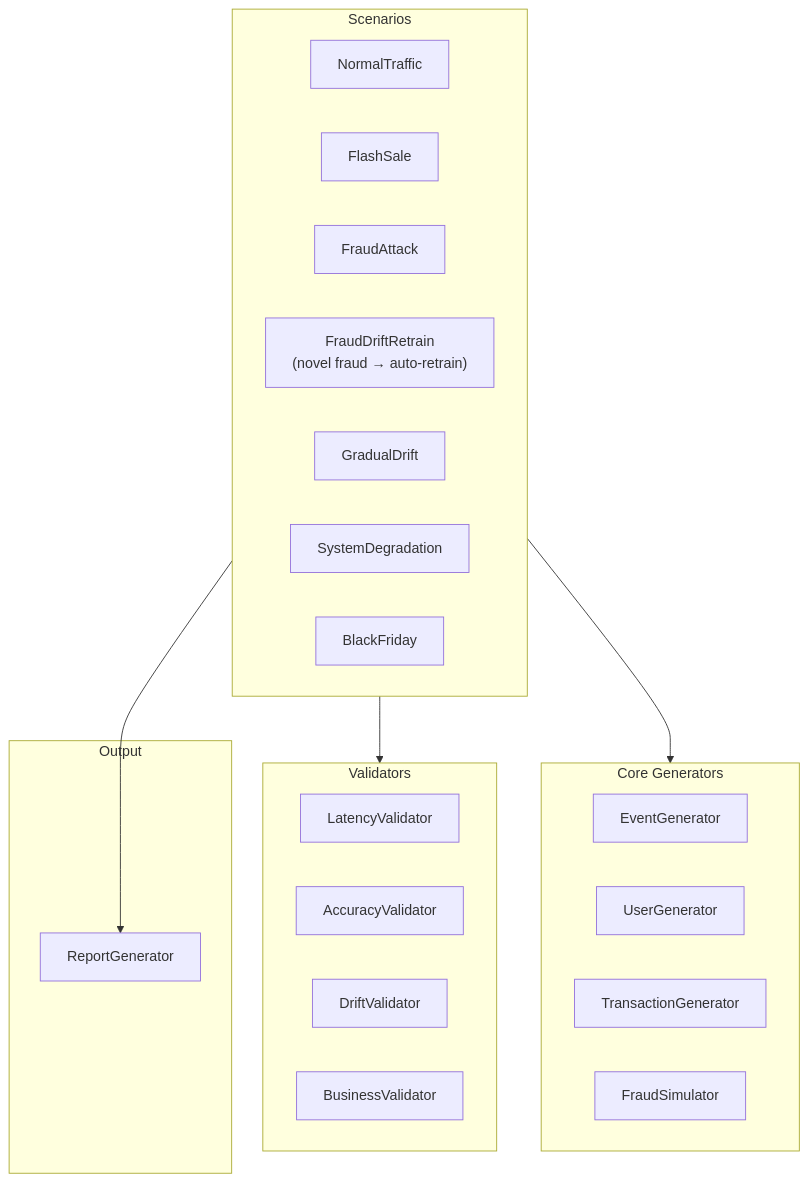
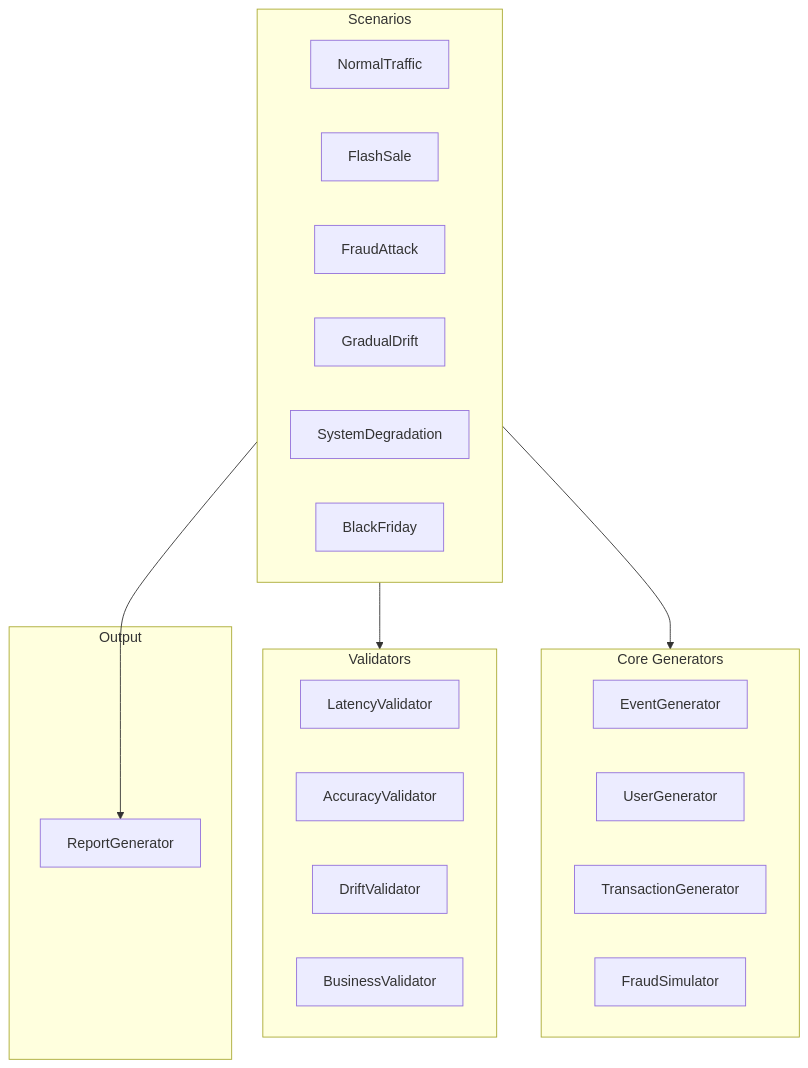
One commit to w4zir/ibook_mlops changed the sixth of 6 diagrams in docs/how_it_works.md. Above: the diagram before and after it, drawn with Mermaid. The commit also changed other lines of this file and 21 other files, not shown here.

````diff
--- a/docs/how_it_works.md
+++ b/docs/how_it_works.md
@@ -407,34 +327,33 @@
 ```mermaid
 flowchart TB
     subgraph core [Core Generators]
         EventGen[EventGenerator]
         UserGen[UserGenerator]
         TxnGen[TransactionGenerator]
         FraudGen[FraudSimulator]
     end
 
     subgraph scenarios [Scenarios]
         Normal[NormalTraffic]
         Flash[FlashSale]
         Fraud[FraudAttack]
-        FraudDrift["FraudDriftRetrain<br/>(novel fraud → auto-retrain)"]
         Drift[GradualDrift]
         Degradation[SystemDegradation]
         BlackFriday[BlackFriday]
     end
 
     subgraph validators [Validators]
         LatencyV[LatencyValidator]
         AccuracyV[AccuracyValidator]
         DriftV[DriftValidator]
         BusinessV[BusinessValidator]
     end
 
     subgraph output [Output]
         ReportGen[ReportGenerator]
     end
 
     scenarios --> core
     scenarios --> validators
     scenarios --> ReportGen
 ```
````
